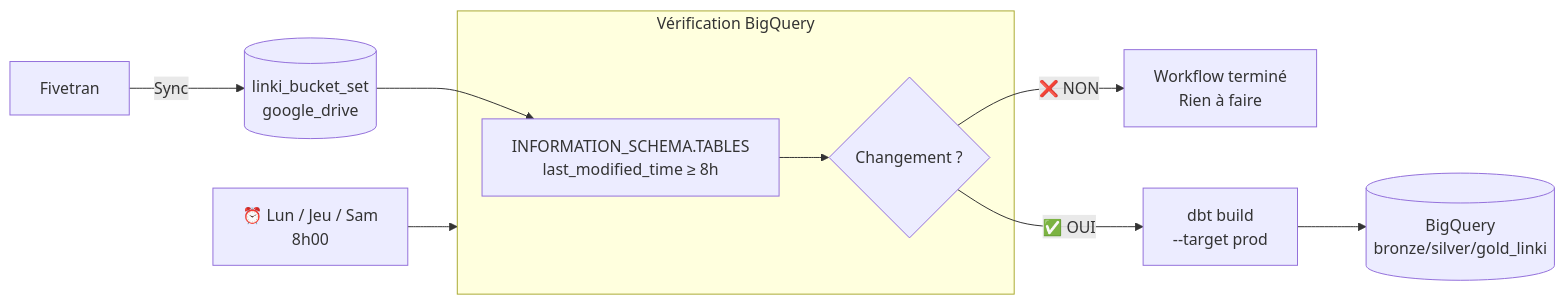
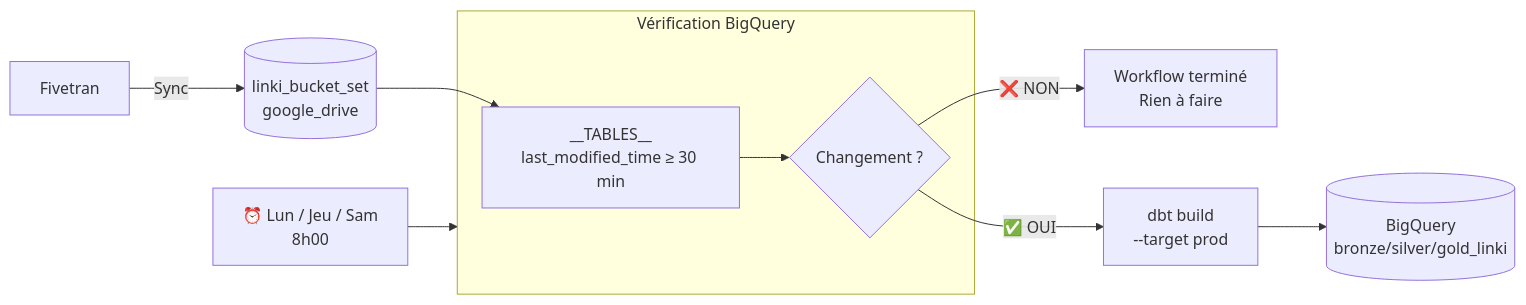
Before and after one commit to ballates/linkyhub_dbt: the sixth of 6 diagrams in README.md, drawn with Mermaid. The commit also changed other lines of this file and 3 other files, not shown here.

Commit message:
Flowcahrt vertically

````diff
--- a/README.md
+++ b/README.md
@@ -381,15 +327,15 @@
 ```mermaid
 flowchart LR
     cron["⏰ Lun / Jeu / Sam\n8h00"] --> check
 
     subgraph check ["Vérification BigQuery"]
-        q[INFORMATION_SCHEMA.TABLES\nlast_modified_time ≥ 8h] --> result{Changement ?}
+        q[__TABLES__\nlast_modified_time ≥ 30 min] --> result{Changement ?}
     end
 
     fivetran[Fivetran] -->|Sync| bq[(linki_bucket_set\ngoogle_drive)]
     bq --> q
 
     result -->|❌ NON| stop[Workflow terminé\nRien à faire]
     result -->|✅ OUI| build[dbt build\n--target prod]
     build --> prod[(BigQuery\nbronze/silver/gold_linki)]
 ```
````
